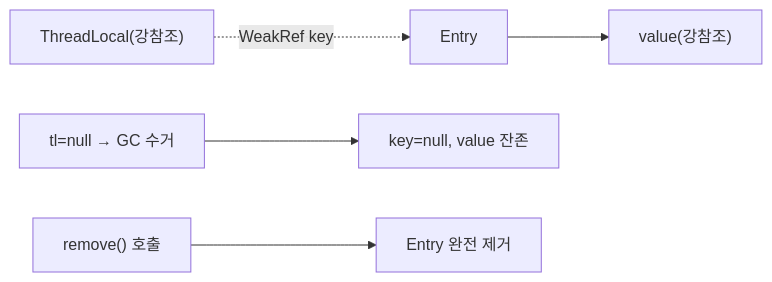
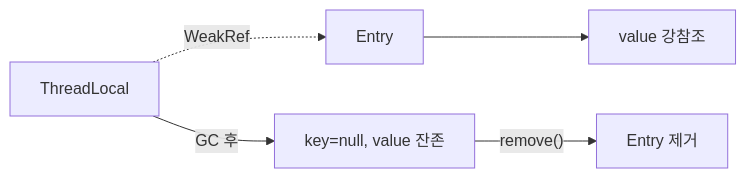
Before and after one commit to yjkim2015/yjkim2015.github.io: the fourth of 5 diagrams in _posts/java/2026-05-01-java-threadlocal.md, drawn with Mermaid. The commit also changed other lines of this file and 245 other files, not shown here.

First line of the commit message:
Mermaid 다이어그램 전면 수정 + 면접 포인트 접기/펼치기 + DB 데드락 페이지

````diff
--- a/_posts/java/2026-05-01-java-threadlocal.md
+++ b/_posts/java/2026-05-01-java-threadlocal.md
@@ -188,7 +186,7 @@
 ```mermaid
 graph LR
-    TL["ThreadLocal(강참조)"] -.->|"WeakRef key"| ENTRY["Entry"]
-    ENTRY --> VAL["value(강참조)"]
-    NULL["tl=null → GC 수거"] --> LEAK["key=null, value 잔존"]
-    REMOVE["remove() 호출"] --> CLEAN["Entry 완전 제거"]
+    TL["ThreadLocal"] -.->|"WeakRef"| ENTRY["Entry"]
+    ENTRY --> VAL["value 강참조"]
+    TL -->|"GC 후"| LEAK["key=null, value 잔존"]
+    LEAK -->|"remove()"| CLEAN["Entry 제거"]
 ```
````
